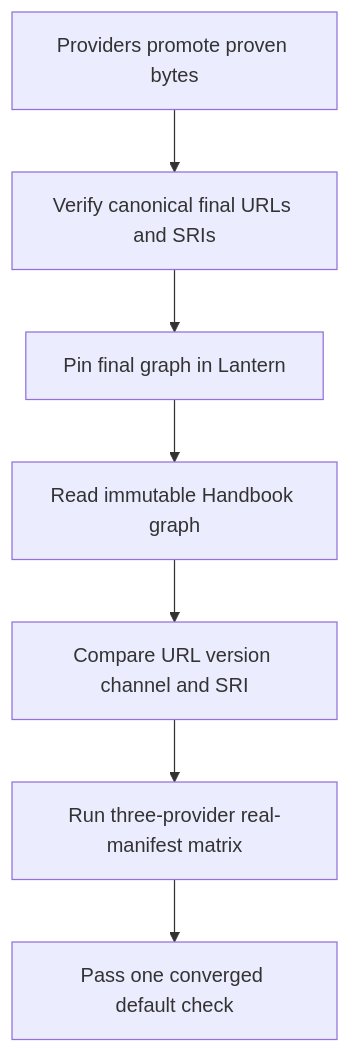
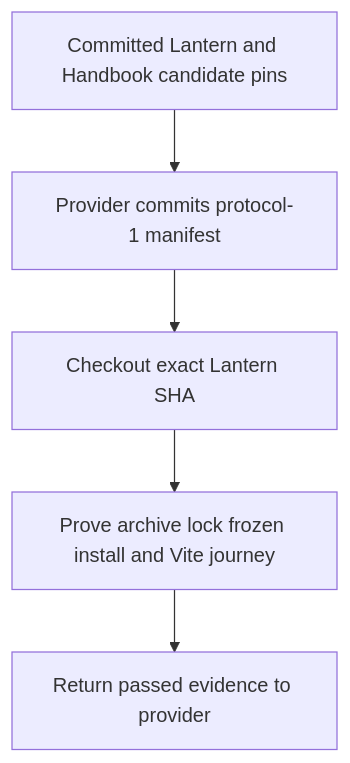
Before and after one commit to RebelliousSmile/lantern: the first of 2 diagrams in aidd_docs/tasks/2026_09/2026_09_25_issues_46_47_release_identity_and_pbta_proof/phase-7.md, drawn with Mermaid. The commit also changed other lines of this file and 7 other files, not shown here.

Commit message:
feat(release-train): prove adrenaline candidate chunks [skip ci]

````diff
--- a/aidd_docs/tasks/2026_09/2026_09_25_issues_46_47_release_identity_and_pbta_proof/phase-7.md
+++ b/aidd_docs/tasks/2026_09/2026_09_25_issues_46_47_release_identity_and_pbta_proof/phase-7.md
@@ -25,9 +19,7 @@
 ```mermaid
 flowchart TD
-  A[Providers promote proven bytes] --> B[Verify canonical final URLs and SRIs]
-  B --> C[Pin final graph in Lantern]
-  C --> D[Read immutable Handbook graph]
-  D --> E[Compare URL version channel and SRI]
-  E --> F[Run three-provider real-manifest matrix]
-  F --> G[Pass one converged default check]
+  A[Committed Lantern and Handbook candidate pins] --> B[Provider commits protocol-1 manifest]
+  B --> C[Checkout exact Lantern SHA]
+  C --> D[Prove archive lock frozen install and Vite journey]
+  D --> E[Return passed evidence to provider]
 ```
````
